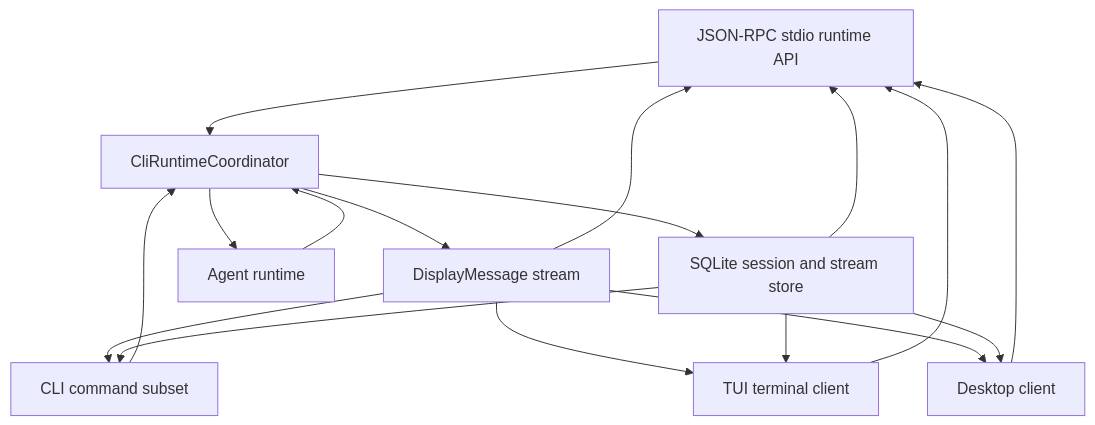
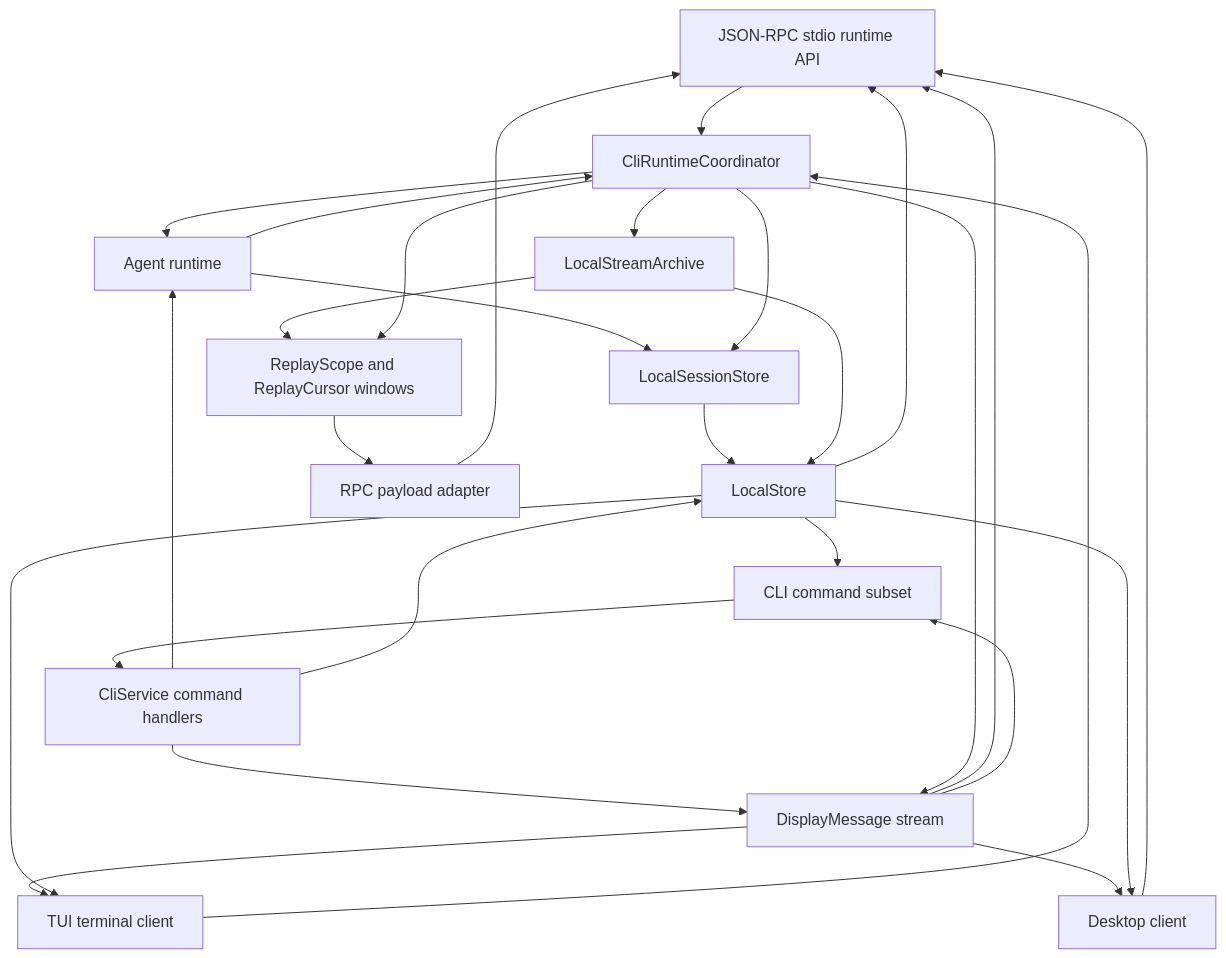
One commit to Wh1isper/starweaver changed the first of 3 diagrams in spec/ops/04-cli-product.md. Above: the diagram before and after it, drawn with Mermaid. The commit also changed other lines of this file and 17 other files, not shown here.

First line of the commit message:
feat: add durable CLI runtime replay adapters

````diff
--- a/spec/ops/04-cli-product.md
+++ b/spec/ops/04-cli-product.md
@@ -202,28 +198,44 @@
 ```mermaid
 flowchart TD
     rpc[JSON-RPC stdio runtime API]
     cli[CLI command subset]
     tui[TUI terminal client]
     desktop[Desktop client]
+    service[CliService command handlers]
     coordinator[CliRuntimeCoordinator]
-    store[SQLite session and stream store]
+    store[LocalStore]
+    session_store[LocalSessionStore]
+    archive[LocalStreamArchive]
+    replay[ReplayScope and ReplayCursor windows]
     runtime[Agent runtime]
     display[DisplayMessage stream]
+    protocol[RPC payload adapter]
 
     rpc --> coordinator
-    cli --> coordinator
-    tui --> rpc
+    cli --> service
+    tui --> coordinator
     desktop --> rpc
+    service --> runtime
+    service --> store
+    runtime --> session_store
+    service --> display
     coordinator --> runtime
-    coordinator --> store
+    coordinator --> session_store
+    coordinator --> archive
     runtime --> coordinator
     coordinator --> display
+    session_store --> store
+    archive --> store
+    archive --> replay
+    coordinator --> replay
+    replay --> protocol
+    protocol --> rpc
     display --> rpc
     display --> cli
     display --> tui
     display --> desktop
     store --> rpc
     store --> cli
     store --> tui
     store --> desktop
 ```
````
